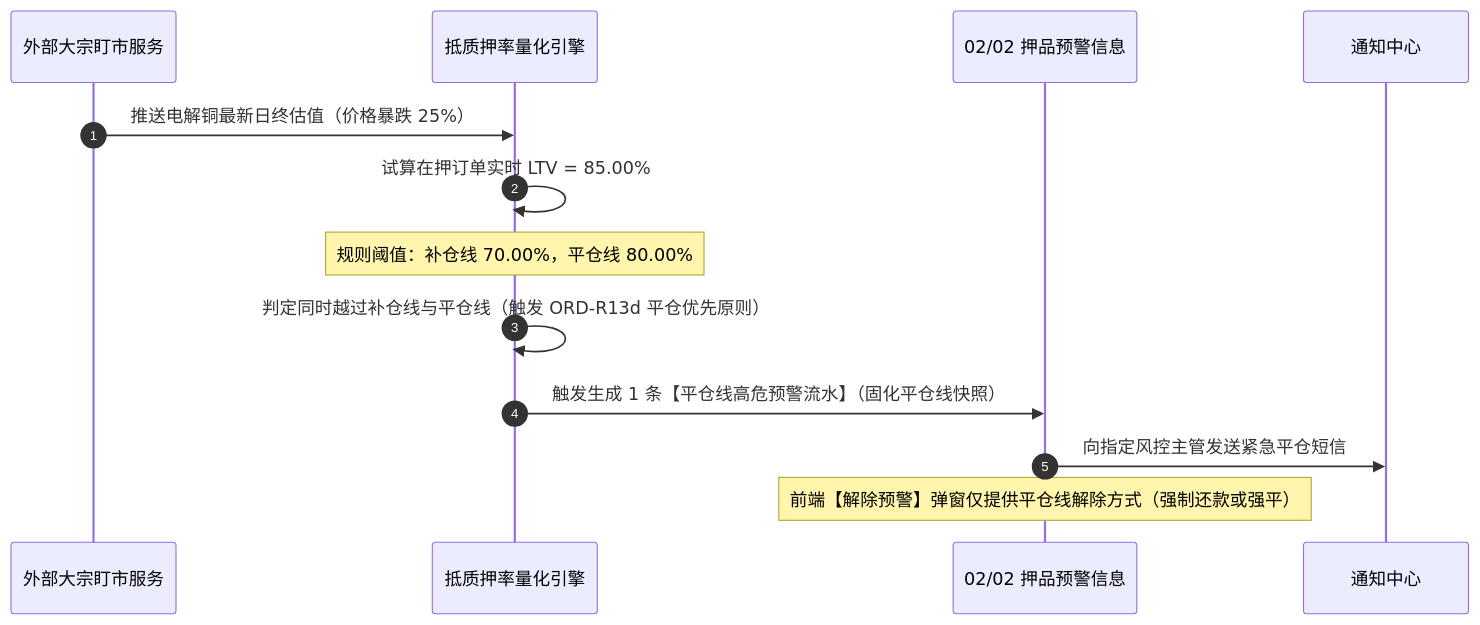
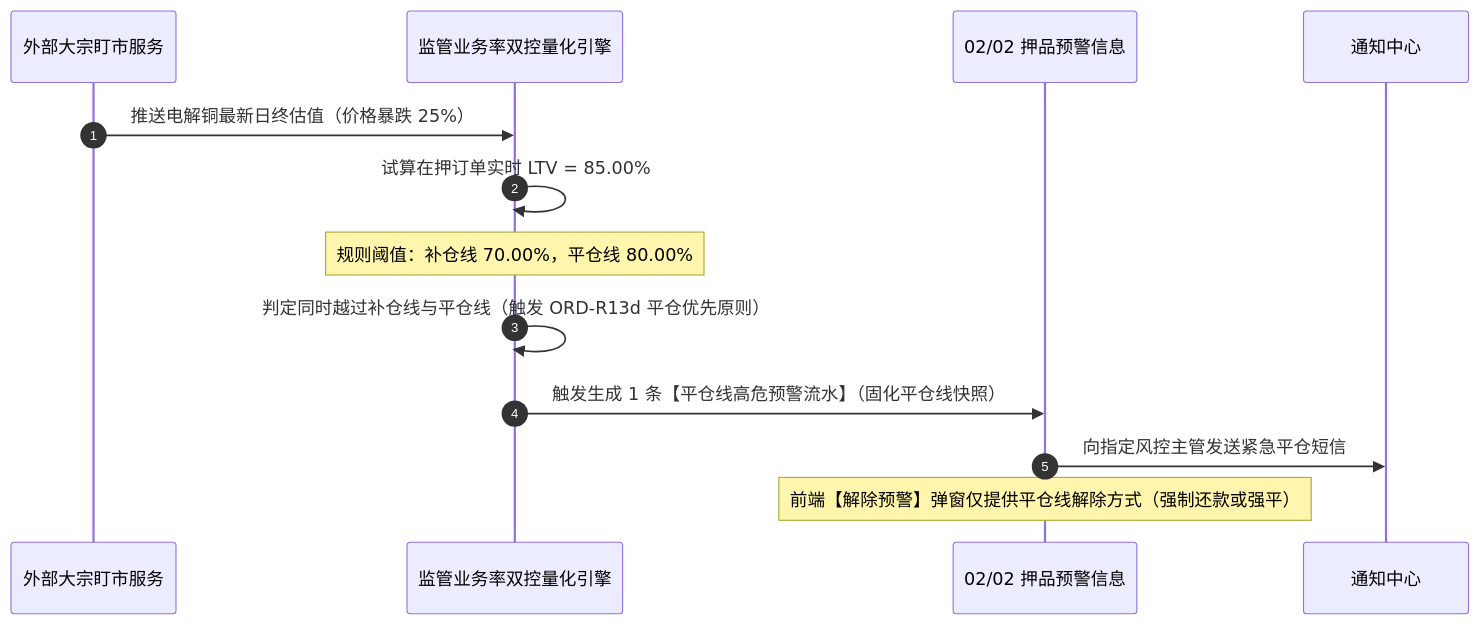
The third of 3 diagrams in 02-PRD文档/B-迭代需求/6.2版本（2026.08）/03-预警配置/03订单预警配置/订单预警配置业务规则规格.md (RobertHuang999/SYZC), drawn with Mermaid before and after one commit. The commit also changed other lines of this file and 84 other files, not shown here.

````diff
--- a/02-PRD文档/B-迭代需求/6.2版本（2026.08）/03-预警配置/03订单预警配置/订单预警配置业务规则规格.md
+++ b/02-PRD文档/B-迭代需求/6.2版本（2026.08）/03-预警配置/03订单预警配置/订单预警配置业务规则规格.md
@@ -231,16 +231,16 @@
 ```mermaid
 sequenceDiagram
     autonumber
     participant MKT as 外部大宗盯市服务
-    participant ENG as 抵质押率量化引擎
+    participant ENG as 监管业务率双控量化引擎
     participant WARN as 02/02 押品预警信息
     participant NOTIFY as 通知中心
 
     MKT->>ENG: 推送电解铜最新日终估值（价格暴跌 25%）
     ENG->>ENG: 试算在押订单实时 LTV = 85.00%
     Note over ENG: 规则阈值：补仓线 70.00%，平仓线 80.00%
     ENG->>ENG: 判定同时越过补仓线与平仓线（触发 ORD-R13d 平仓优先原则）
     ENG->>WARN: 触发生成 1 条【平仓线高危预警流水】（固化平仓线快照）
     WARN->>NOTIFY: 向指定风控主管发送紧急平仓短信
     Note over WARN: 前端【解除预警】弹窗仅提供平仓线解除方式（强制还款或强平）
 ```
````
